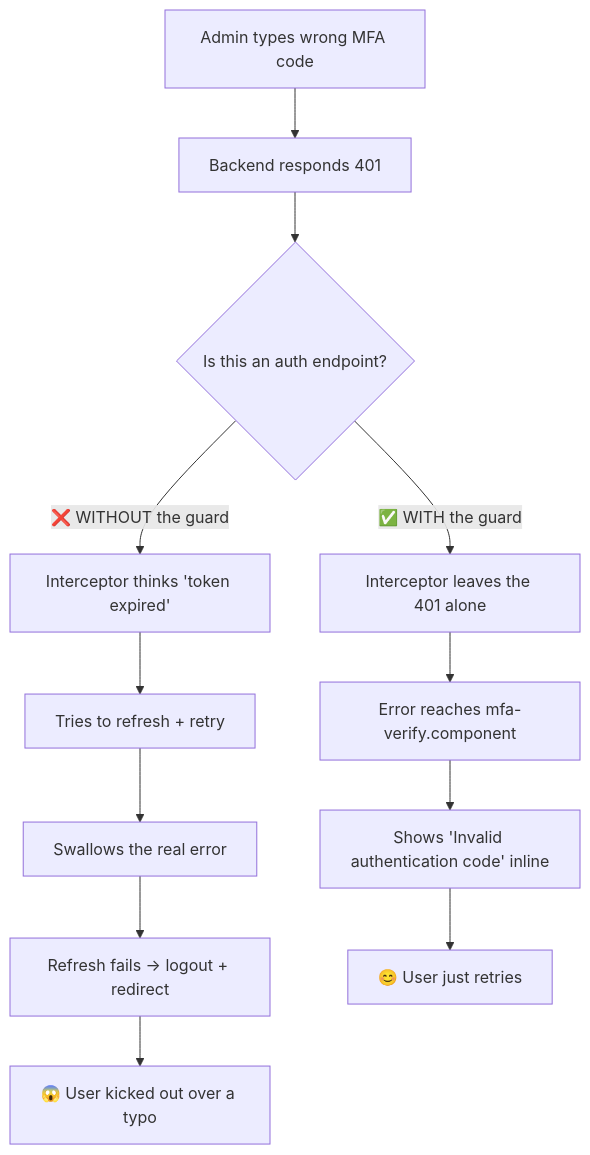
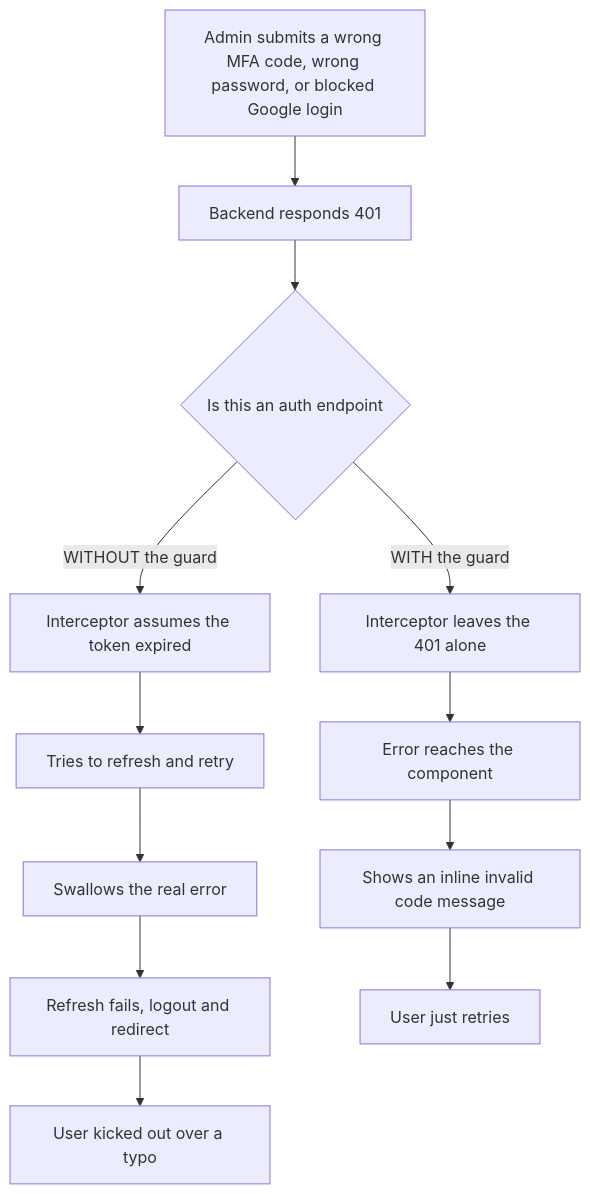
One commit to jahanalem/LinkedIn2GitHub changed the ninth of 11 diagrams in 0054_LiliShop-Security-02-MFA.md. Above: the diagram before and after it, drawn with Mermaid. The commit also changed other lines of this file, not shown here.

````diff
--- a/0054_LiliShop-Security-02-MFA.md
+++ b/0054_LiliShop-Security-02-MFA.md
@@ -1205,16 +1216,16 @@
 ```mermaid
 flowchart TD
-    Wrong["Admin types wrong MFA code"] --> Resp["Backend responds 401"]
-    Resp --> Check{"Is this an auth endpoint?"}
+    Wrong["Admin submits a wrong MFA code, wrong password, or blocked Google login"] --> Resp["Backend responds 401"]
+    Resp --> Check{"Is this an auth endpoint"}
 
-    Check -->|"❌ WITHOUT the guard"| Bad1["Interceptor thinks 'token expired'"]
-    Bad1 --> Bad2["Tries to refresh + retry"]
+    Check -->|"WITHOUT the guard"| Bad1["Interceptor assumes the token expired"]
+    Bad1 --> Bad2["Tries to refresh and retry"]
     Bad2 --> Bad3["Swallows the real error"]
-    Bad3 --> Bad4["Refresh fails → logout + redirect"]
-    Bad4 --> BadEnd["😱 User kicked out over a typo"]
+    Bad3 --> Bad4["Refresh fails, logout and redirect"]
+    Bad4 --> BadEnd["User kicked out over a typo"]
 
-    Check -->|"✅ WITH the guard"| Good1["Interceptor leaves the 401 alone"]
-    Good1 --> Good2["Error reaches mfa-verify.component"]
-    Good2 --> Good3["Shows 'Invalid authentication code' inline"]
-    Good3 --> GoodEnd["😊 User just retries"]
+    Check -->|"WITH the guard"| Good1["Interceptor leaves the 401 alone"]
+    Good1 --> Good2["Error reaches the component"]
+    Good2 --> Good3["Shows an inline invalid code message"]
+    Good3 --> GoodEnd["User just retries"]
 ```
````
